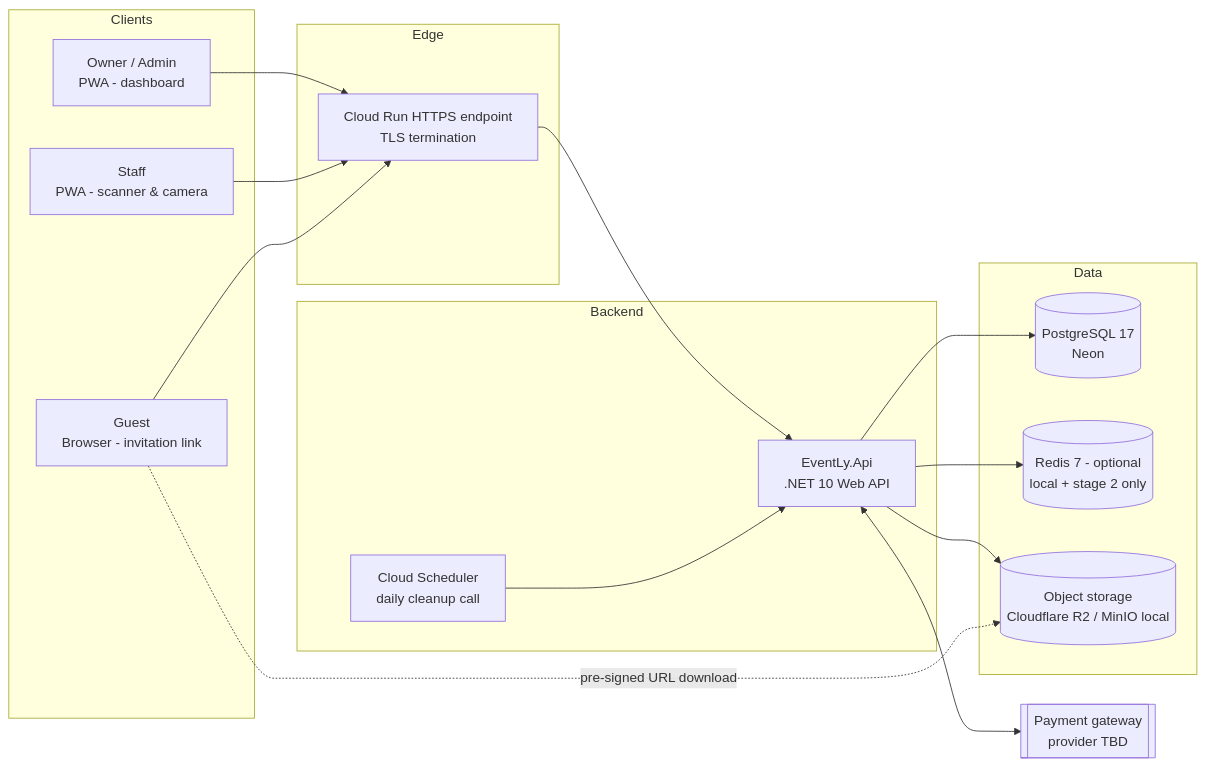
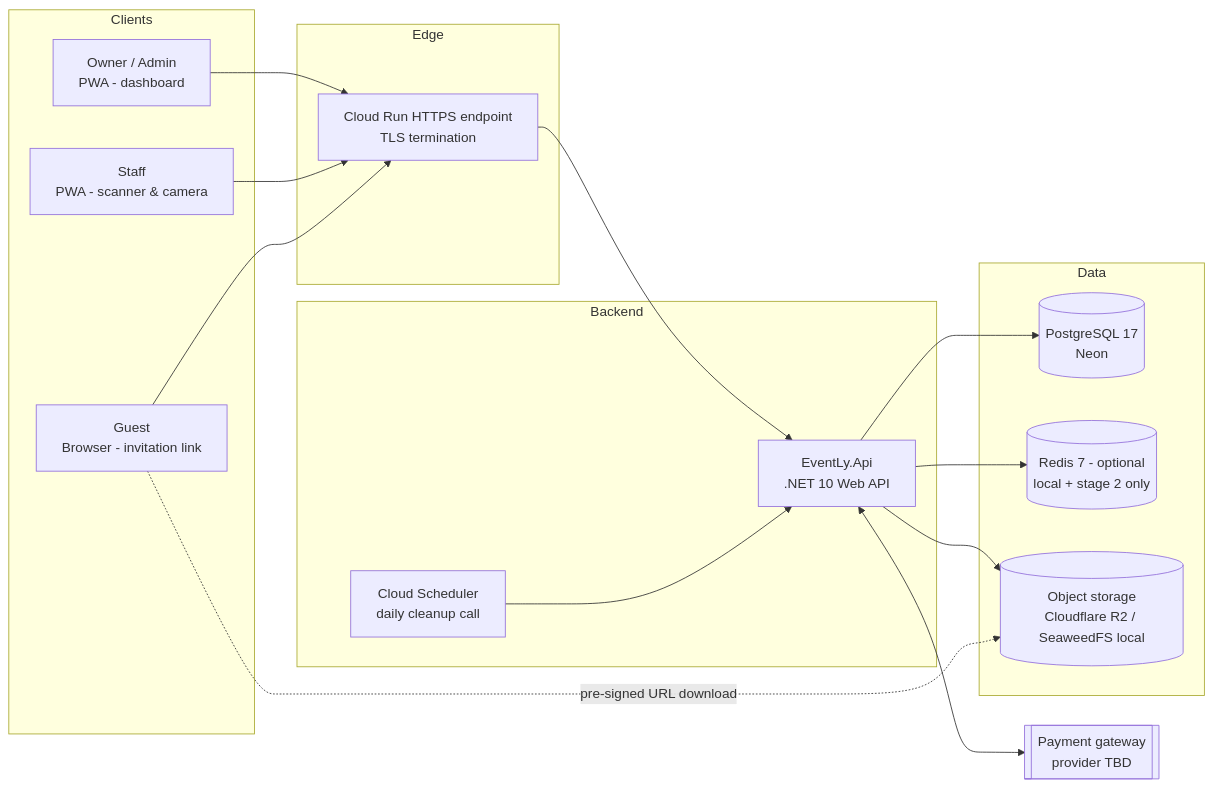
One commit to rikoaderinanda/EventLy changed the first of 5 diagrams in docs/architecture/01-system-architecture.md. Above: the diagram before and after it, drawn with Mermaid. The commit also changed other lines of this file and 53 other files, not shown here.

````diff
--- a/docs/architecture/01-system-architecture.md
+++ b/docs/architecture/01-system-architecture.md
@@ -30,33 +30,33 @@
 ```mermaid
 flowchart LR
     subgraph Clients
         OA[Owner / Admin<br/>PWA - dashboard]
         ST[Staff<br/>PWA - scanner & camera]
         GU[Guest<br/>Browser - invitation link]
     end
 
     subgraph Edge
         RP[Cloud Run HTTPS endpoint<br/>TLS termination]
     end
 
     subgraph Backend
         API[EventLy.Api<br/>.NET 10 Web API]
         SCH[Cloud Scheduler<br/>daily cleanup call]
     end
 
     subgraph Data
         PG[(PostgreSQL 17<br/>Neon)]
         RD[(Redis 7 - optional<br/>local + stage 2 only)]
-        OS[(Object storage<br/>Cloudflare R2 / MinIO local)]
+        OS[(Object storage<br/>Cloudflare R2 / SeaweedFS local)]
     end
 
     PGW[[Payment gateway<br/>provider TBD]]
 
     OA & ST & GU --> RP --> API
     API --> PG
     API --> RD
     API --> OS
     SCH --> API
     API <--> PGW
     GU -. pre-signed URL download .-> OS
 ```
````
